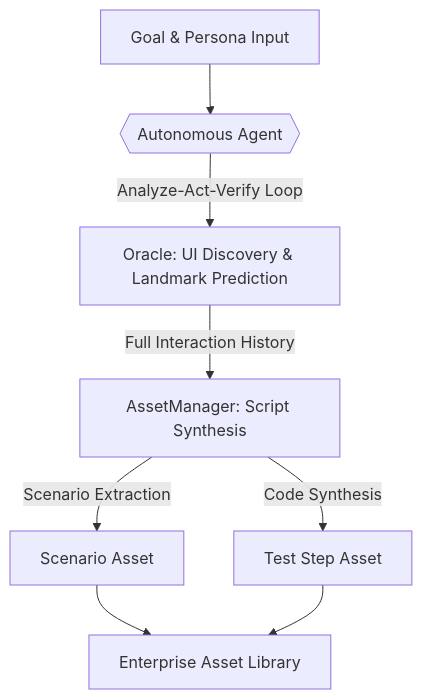
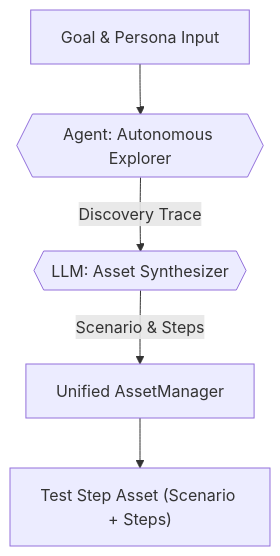
One commit to hyunju80/qone changed the second of 2 diagrams in docs/ai_llm_spec.md. Above: the diagram before and after it, drawn with Mermaid. The commit also changed other lines of this file and 1 other file, not shown here.

Commit message:
docs: Finalize role-based AI workflow diagrams and English labels

````diff
--- a/docs/ai_llm_spec.md
+++ b/docs/ai_llm_spec.md
@@ -394,9 +391,7 @@
 ```mermaid
 graph TD
-    I["Goal & Persona Input"] --> J{{"Autonomous Agent"}}
-    J -- "Analyze-Act-Verify Loop" --> K["Oracle: UI Discovery & Landmark Prediction"]
-    K -- "Full Interaction History" --> L["AssetManager: Script Synthesis"]
-    L -- "Scenario Extraction" --> M["Scenario Asset"]
-    L -- "Code Synthesis" --> N["Test Step Asset"]
-    M & N --> O["Enterprise Asset Library"]
+    I["Goal & Persona Input"] --> J{{"Agent: Autonomous Explorer"}}
+    J -- "Discovery Trace" --> K{{"LLM: Asset Synthesizer"}}
+    K -- "Scenario & Steps" --> L["Unified AssetManager"]
+    L --> M["Test Step Asset (Scenario + Steps)"]
 ```
````
